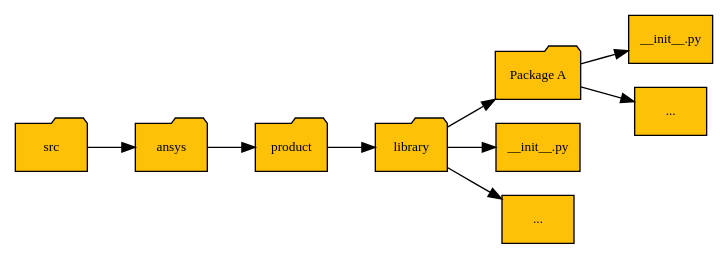
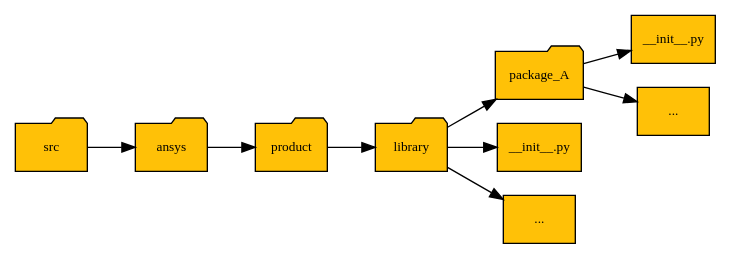
One commit to ansys/pyansys-dev-guide changed the diagram in doc/source/packaging/diagrams/src_structure_diagram.rst. Above: the diagram before and after it, drawn with Graphviz. The commit also changed 1 other file, not shown here.

Commit message:
Improve doc/ directory explanations

```diff
--- a/doc/source/packaging/diagrams/src_structure_diagram.rst
+++ b/doc/source/packaging/diagrams/src_structure_diagram.rst
@@ -2,61 +2,61 @@
 .. graphviz::
     :caption: Generic structure for the src/ directory
     :alt: Generic structure for the src/ directory
     :align: center
 
      digraph "sphinx-ext-graphviz" {
          size="8,6";
          rankdir="LR";
          graph [
            fontname="Verdana", fontsize="10", color="black", fillcolor="white"
          ];
          node [
            fontname="Verdana", fontsize="10", style="filled", color="black", fillcolor="#ffc107"
          ];
 
          src [
            label="src", shape="folder"
          ];
 
          ansys [
            label="ansys", shape="folder"
          ]
 
          product [
            label="product", shape="folder"
          ]
 
          library [
            label="library", shape="folder"
          ]
 
          pkg_A [
-           label="Package A", shape="folder"
+           label="package_A", shape="folder"
          ]
 
          init_file_pkgA [
            label="__init__.py", shape="file"
          ]
 
          other_files_pkgA [
            label="...", shape="file"
          ]
 
          init_file [
            label="__init__.py", shape="file"
          ]
 
          other_files [
            label="...", shape="file"
          ]
 
          src -> ansys;
          ansys -> product;
          product -> library;
          library -> init_file;
          library -> other_files;
          library -> pkg_A;
          pkg_A -> init_file_pkgA;
          pkg_A -> other_files_pkgA;
 
      }
```
